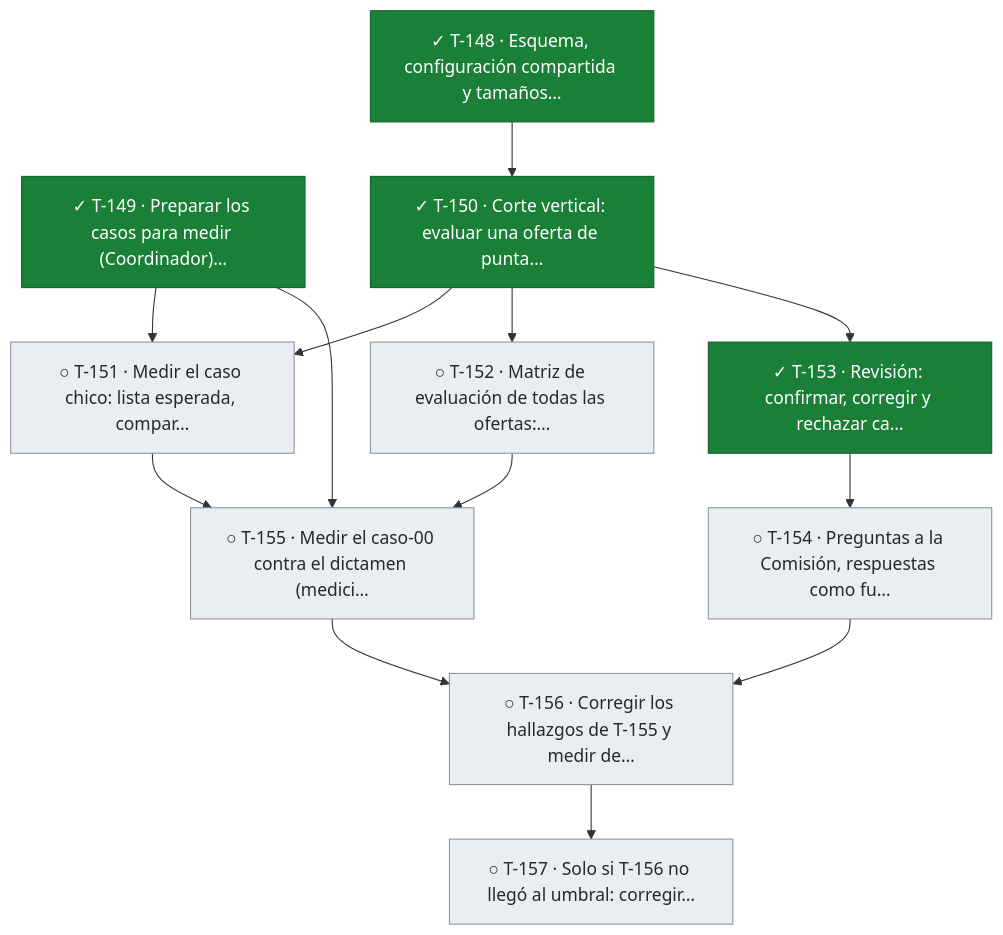
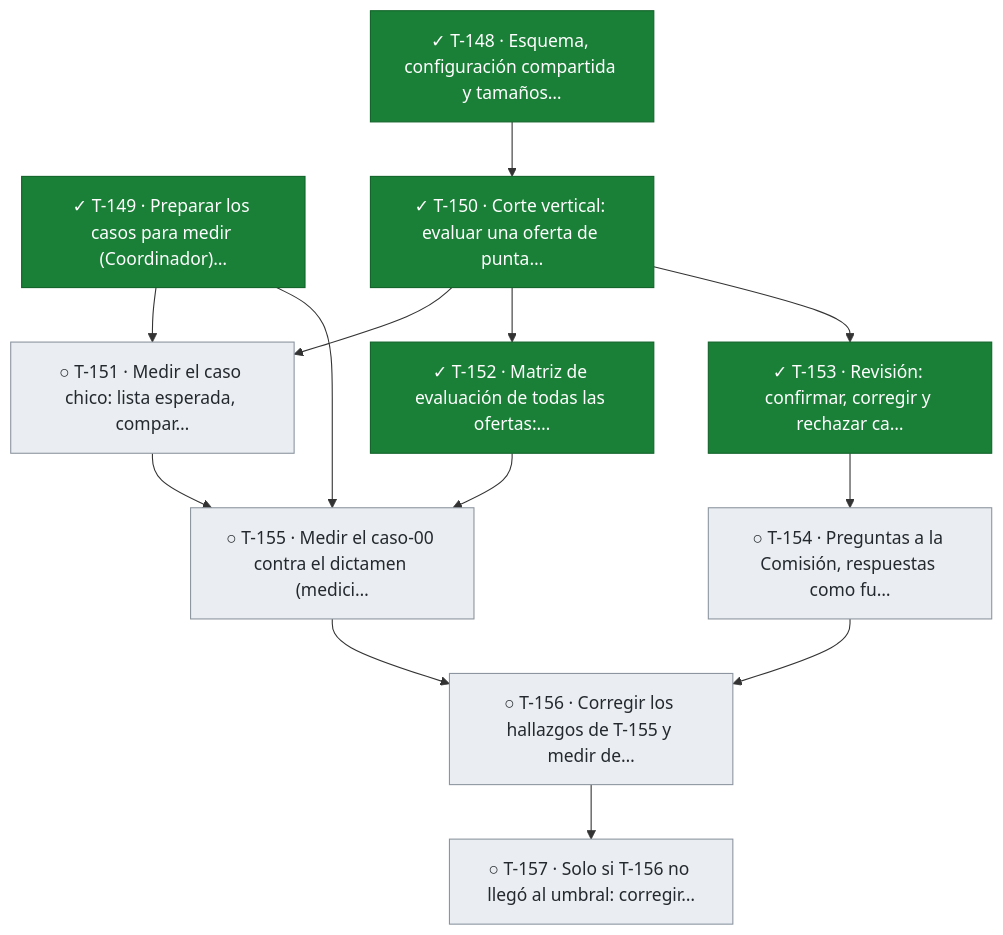
The seventh of 11 diagrams in docs/tablero.md (snavello/EVALUON), drawn with Mermaid before and after one commit. The commit also changed other lines of this file and 1 other file, not shown here.

````diff
--- a/docs/tablero.md
+++ b/docs/tablero.md
@@ -685,30 +685,30 @@
 ```mermaid
 flowchart TD
   T148["✓ T-148 · Esquema, configuración compartida y tamaños…"]:::done
   T149["✓ T-149 · Preparar los casos para medir (Coordinador)…"]:::done
   T150["✓ T-150 · Corte vertical: evaluar una oferta de punta…"]:::done
   T151["○ T-151 · Medir el caso chico: lista esperada, compar…"]:::todo
-  T152["○ T-152 · Matriz de evaluación de todas las ofertas:…"]:::todo
+  T152["✓ T-152 · Matriz de evaluación de todas las ofertas:…"]:::done
   T153["✓ T-153 · Revisión: confirmar, corregir y rechazar ca…"]:::done
   T154["○ T-154 · Preguntas a la Comisión, respuestas como fu…"]:::todo
   T155["○ T-155 · Medir el caso-00 contra el dictamen (medici…"]:::todo
   T156["○ T-156 · Corregir los hallazgos de T-155 y medir de…"]:::todo
   T157["○ T-157 · Solo si T-156 no llegó al umbral: corregir…"]:::todo
   T148 --> T150
   T149 --> T151
   T150 --> T151
   T150 --> T152
   T150 --> T153
   T153 --> T154
   T149 --> T155
   T151 --> T155
   T152 --> T155
   T154 --> T156
   T155 --> T156
   T156 --> T157
   classDef done fill:#1a7f37,stroke:#116329,color:#ffffff
   classDef review fill:#0969da,stroke:#0550ae,color:#ffffff
   classDef active fill:#bf8700,stroke:#7d4e00,color:#ffffff
   classDef blocked fill:#cf222e,stroke:#a40e26,color:#ffffff
   classDef todo fill:#eaeef2,stroke:#8c959f,color:#24292f
 ```
````
